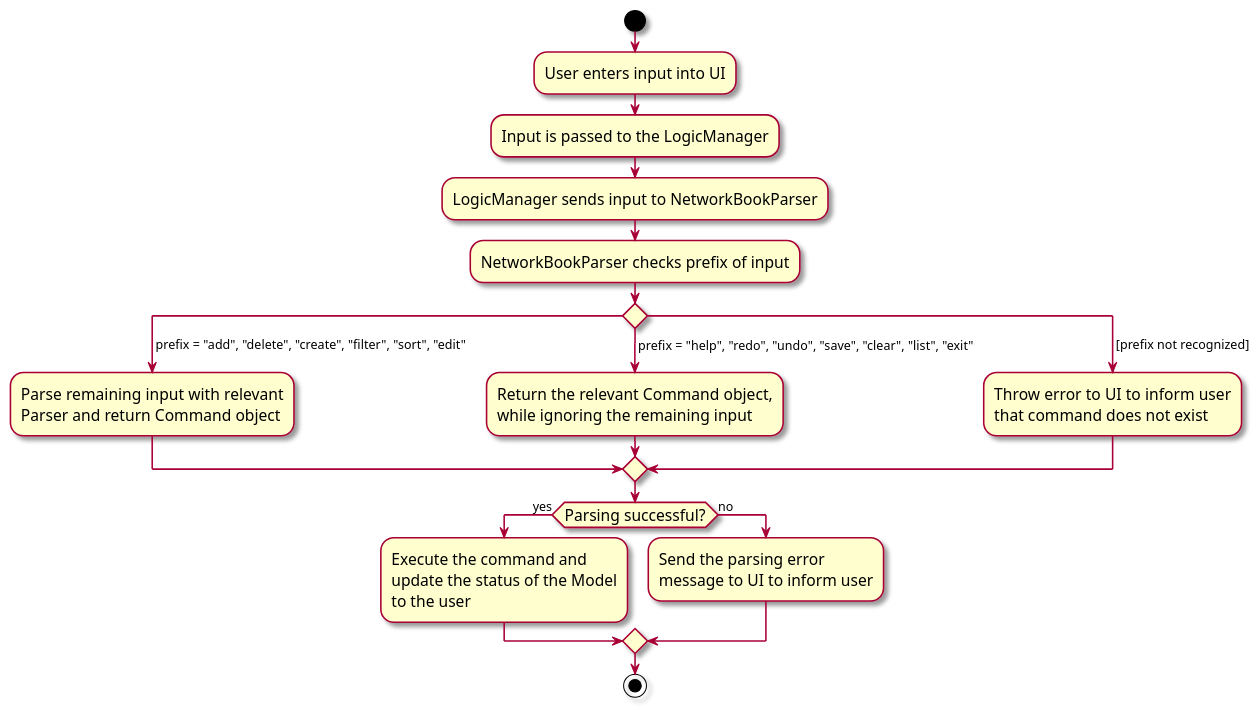
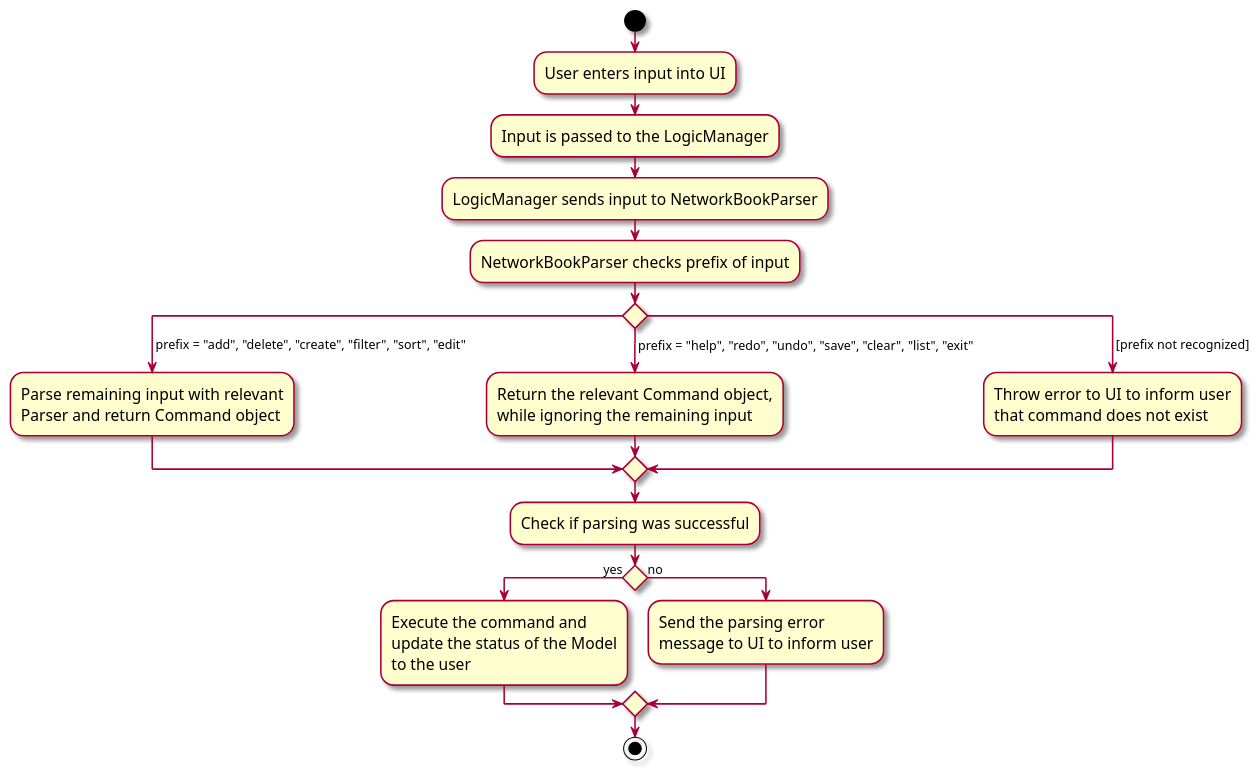
Before and after one commit to nus-cs2103-AY2324S1/tp: the diagram in docs/diagrams/AddressBookParser.puml, drawn with PlantUML. The commit also changed 1 other file, not shown here.

```diff
--- a/docs/diagrams/AddressBookParser.puml
+++ b/docs/diagrams/AddressBookParser.puml
@@ -1,35 +1,37 @@
 @startuml
 skin rose
 skinparam ActivityFontSize 15
 skinparam ArrowFontSize 12
 start
 :User enters input into UI;
 :Input is passed to the LogicManager;
 :LogicManager sends input to NetworkBookParser;
 :NetworkBookParser checks prefix of input;
 
 'Since the beta syntax does not support placing the condition outside the
 'diamond we place it as the true branch instead.
 
 switch ()
 case ( prefix = "add", "delete", "create", "filter", "sort", "edit")
     :Parse remaining input with relevant
     Parser and return Command object;
 case ( prefix = "help", "redo", "undo", "save", "clear", "list", "exit")
     :Return the relevant Command object,
     while ignoring the remaining input;
 case ( [prefix not recognized])
     :Throw error to UI to inform user
     that command does not exist;
 endswitch
 
-if (Parsing successful?) is (yes) then
+:Check if parsing was successful;
+
+if () is (yes) then
   :Execute the command and
   update the status of the Model
   to the user;
 else (no)
   :Send the parsing error
   message to UI to inform user;
 endif
 stop
 @enduml
```
